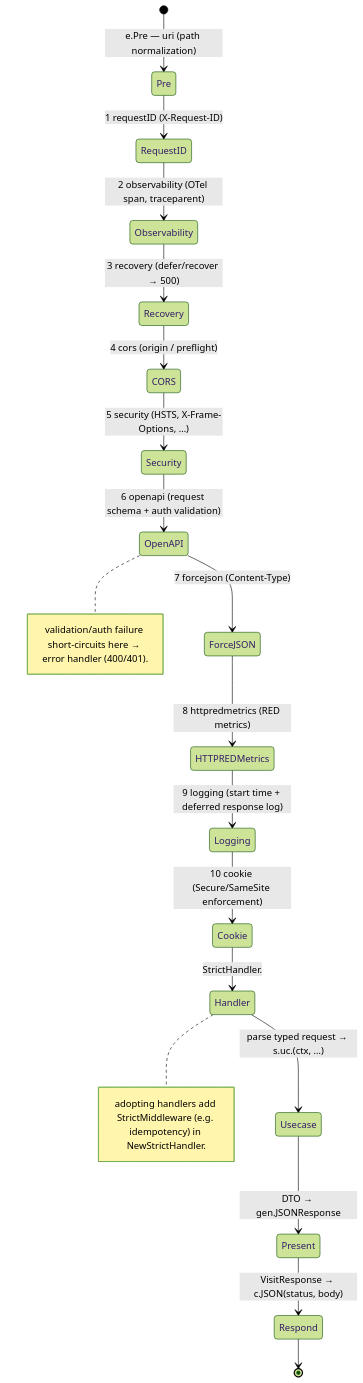
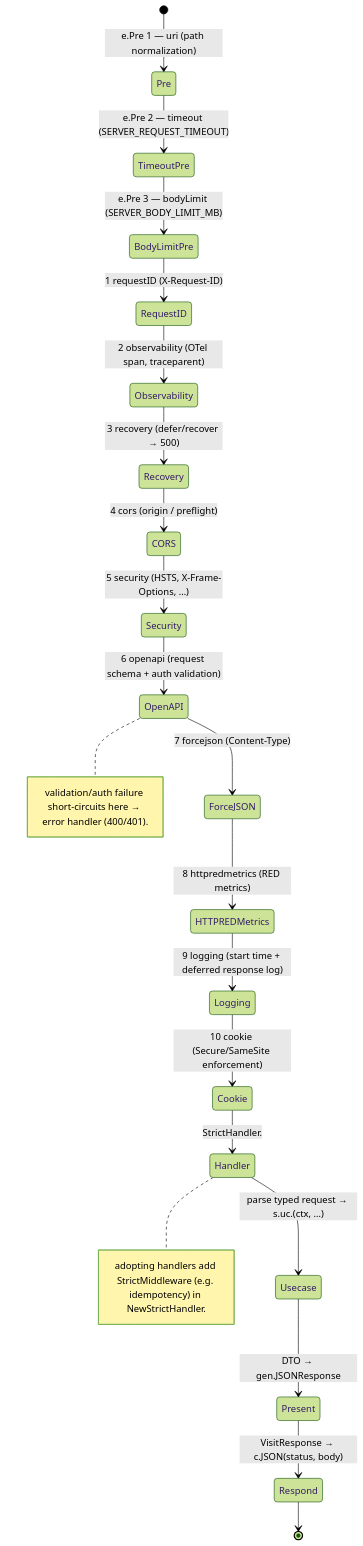
One commit to Tomy-ch/go-boilerplate changed the second of 6 diagrams in docs/design/rest.md. Above: the diagram before and after it, drawn with Mermaid (forest theme). The commit also changed other lines of this file and 21 other files, not shown here.

````diff
--- a/docs/design/rest.md
+++ b/docs/design/rest.md
@@ -58,26 +58,28 @@
 ```mermaid
 stateDiagram-v2
-    [*] --> Pre: e.Pre — uri (path normalization)
-    Pre --> RequestID: 1 requestID (X-Request-ID)
+    [*] --> Pre: e.Pre 1 — uri (path normalization)
+    Pre --> TimeoutPre: e.Pre 2 — timeout (SERVER_REQUEST_TIMEOUT)
+    TimeoutPre --> BodyLimitPre: e.Pre 3 — bodyLimit (SERVER_BODY_LIMIT_MB)
+    BodyLimitPre --> RequestID: 1 requestID (X-Request-ID)
     RequestID --> Observability: 2 observability (OTel span, traceparent)
     Observability --> Recovery: 3 recovery (defer/recover → 500)
     Recovery --> CORS: 4 cors (origin / preflight)
     CORS --> Security: 5 security (HSTS, X-Frame-Options, …)
     Security --> OpenAPI: 6 openapi (request schema + auth validation)
     OpenAPI --> ForceJSON: 7 forcejson (Content-Type)
     ForceJSON --> HTTPREDMetrics: 8 httpredmetrics (RED metrics)
     HTTPREDMetrics --> Logging: 9 logging (start time + deferred response log)
     Logging --> Cookie: 10 cookie (Secure/SameSite enforcement)
     Cookie --> Handler: StrictHandler.<Op>
     Handler --> Usecase: parse typed request → s.uc.<Method>(ctx, …)
     Usecase --> Present: DTO → gen.<Op><Status>JSONResponse
     Present --> Respond: VisitResponse → c.JSON(status, body)
     Respond --> [*]
 
     note right of OpenAPI
       validation/auth failure short-circuits here → error handler (400/401).
     end note
     note right of Handler
       adopting handlers add StrictMiddleware (e.g. idempotency) in NewStrictHandler.
     end note
 ```
````
